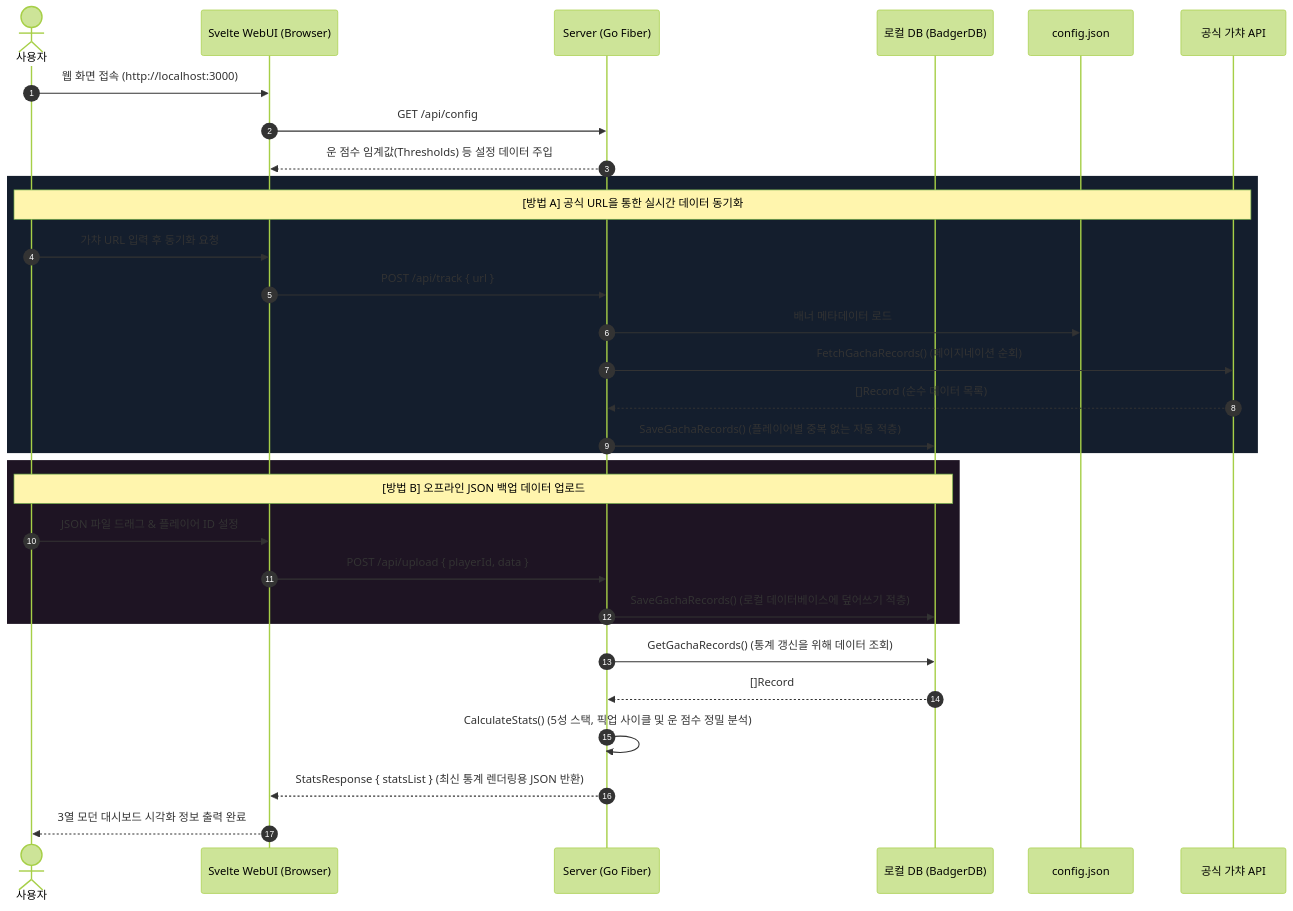
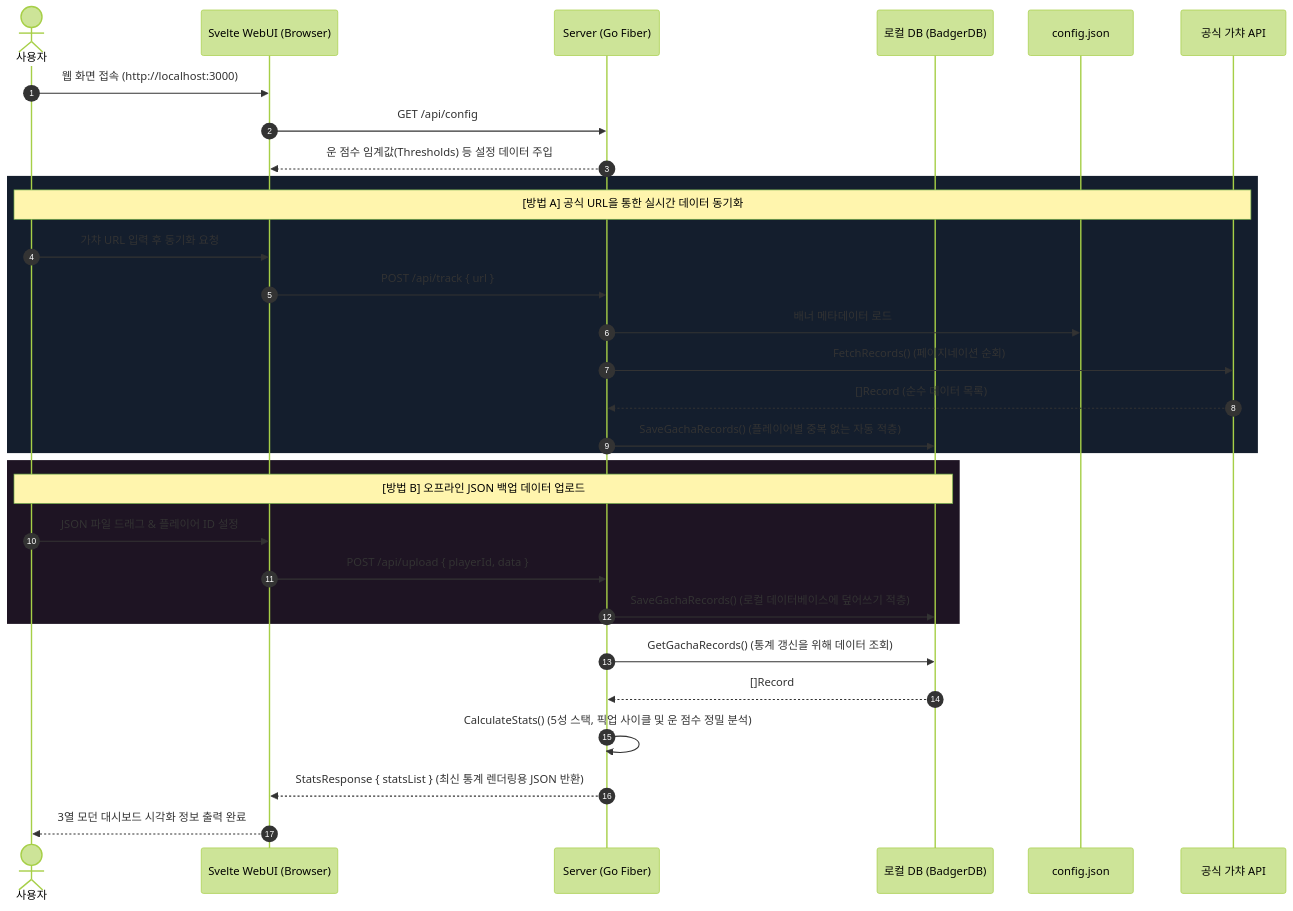
Before and after one commit to meteormin/wuwa-tracker: the diagram in README.md, drawn with Mermaid (forest theme). The commit also changed other lines of this file, not shown here.

````diff
--- a/README.md
+++ b/README.md
@@ -144,37 +153,37 @@
 ```mermaid
 sequenceDiagram
     autonumber
     actor User as 사용자
     participant UI as Svelte WebUI (Browser)
     participant Server as Server (Go Fiber)
     participant DB as 로컬 DB (BadgerDB)
     participant Config as config.json
     participant API as 공식 가챠 API
 
     User->>UI: 웹 화면 접속 (http://localhost:3000)
     UI->>Server: GET /api/config
     Server-->>UI: 운 점수 임계값(Thresholds) 등 설정 데이터 주입
     
     rect rgb(20, 30, 45)
         Note over User, API: [방법 A] 공식 URL을 통한 실시간 데이터 동기화
         User->>UI: 가챠 URL 입력 후 동기화 요청
         UI->>Server: POST /api/track { url }
         Server->>Config: 배너 메타데이터 로드
-        Server->>API: FetchGachaRecords() (페이지네이션 순회)
+        Server->>API: FetchRecords() (페이지네이션 순회)
         API-->>Server: []Record (순수 데이터 목록)
         Server->>DB: SaveGachaRecords() (플레이어별 중복 없는 자동 적층)
     end
 
     rect rgb(30, 20, 35)
         Note over User, DB: [방법 B] 오프라인 JSON 백업 데이터 업로드
         User->>UI: JSON 파일 드래그 & 플레이어 ID 설정
         UI->>Server: POST /api/upload { playerId, data }
         Server->>DB: SaveGachaRecords() (로컬 데이터베이스에 덮어쓰기 적층)
     end
 
     Server->>DB: GetGachaRecords() (통계 갱신을 위해 데이터 조회)
     DB-->>Server: []Record
     Server->>Server: CalculateStats() (5성 스택, 픽업 사이클 및 운 점수 정밀 분석)
     Server-->>UI: StatsResponse { statsList } (최신 통계 렌더링용 JSON 반환)
     UI-->>User: 3열 모던 대시보드 시각화 정보 출력 완료
 ```
````
